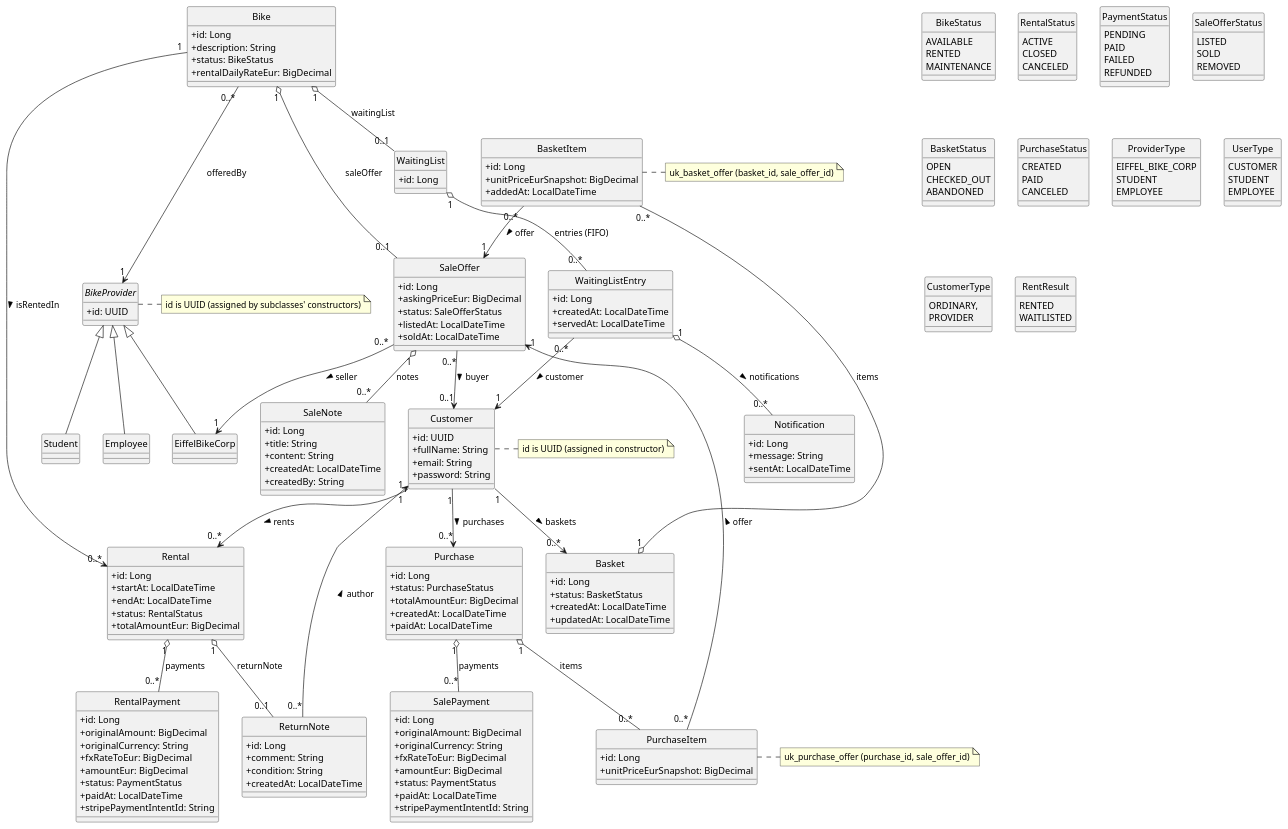
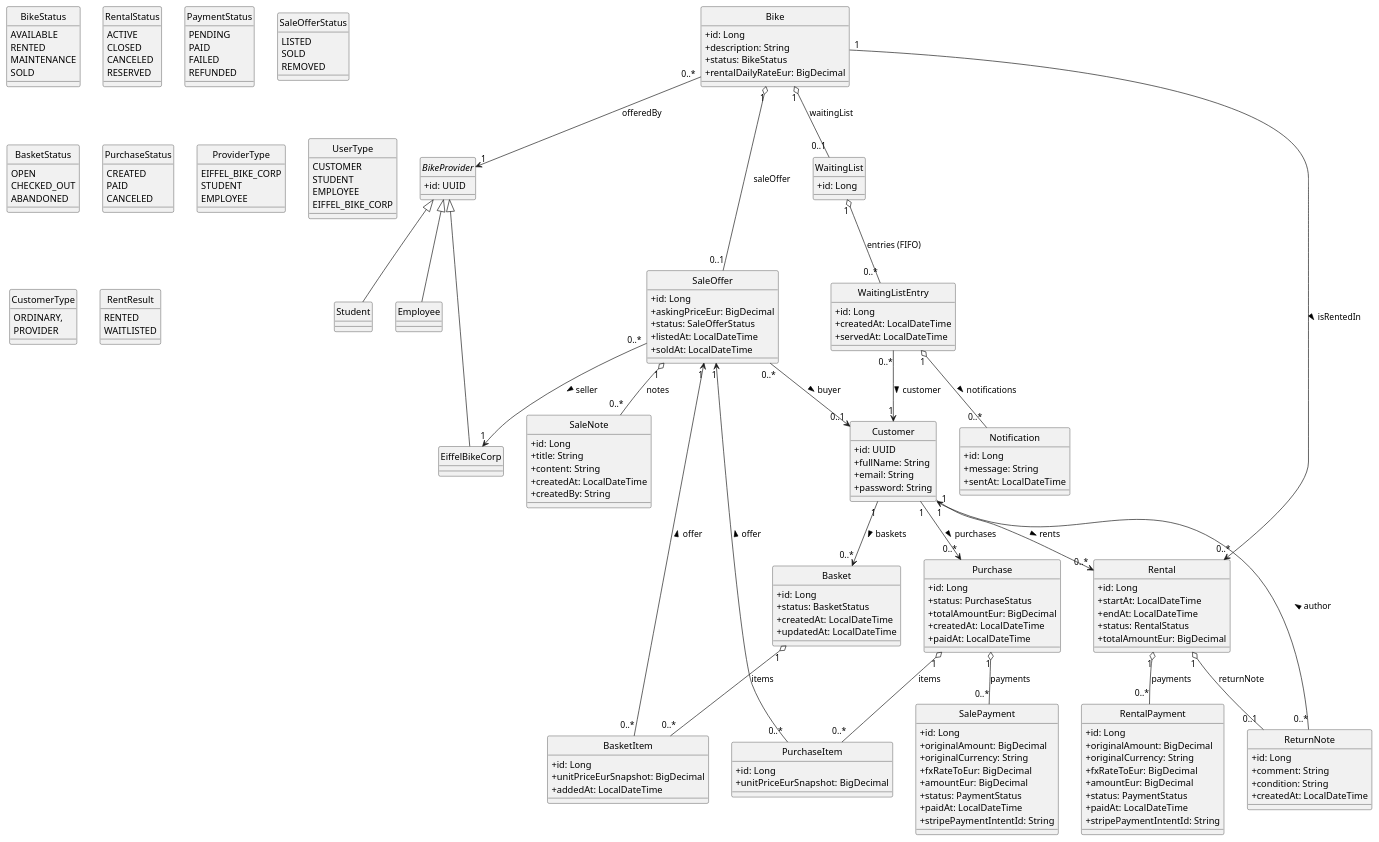
The diagram in bike-api/class_diagram.puml (pafmoura/Eiffel-Bike-Corp), drawn with PlantUML before and after one commit.

Commit message:
update model

```diff
--- a/bike-api/class_diagram.puml
+++ b/bike-api/class_diagram.puml
@@ -9,12 +9,14 @@
   AVAILABLE
   RENTED
   MAINTENANCE
+  SOLD
 }
 
 enum RentalStatus {
   ACTIVE
   CLOSED
   CANCELED
+  RESERVED
 }
 
 enum PaymentStatus {
@@ -53,6 +55,7 @@
   CUSTOMER
   STUDENT
   EMPLOYEE
+  EIFFEL_BIKE_CORP
 }
 
 enum CustomerType {
@@ -238,20 +241,5 @@
 PurchaseItem "0..*" --> "1" SaleOffer : offer >
 Purchase "1" o-- "0..*" SalePayment : payments
 
-note right of BasketItem
-uk_basket_offer (basket_id, sale_offer_id)
-end note
-
-note right of PurchaseItem
-uk_purchase_offer (purchase_id, sale_offer_id)
-end note
-
-note right of Customer
-id is UUID (assigned in constructor)
-end note
-
-note right of BikeProvider
-id is UUID (assigned by subclasses' constructors)
-end note
 
 @enduml
```
